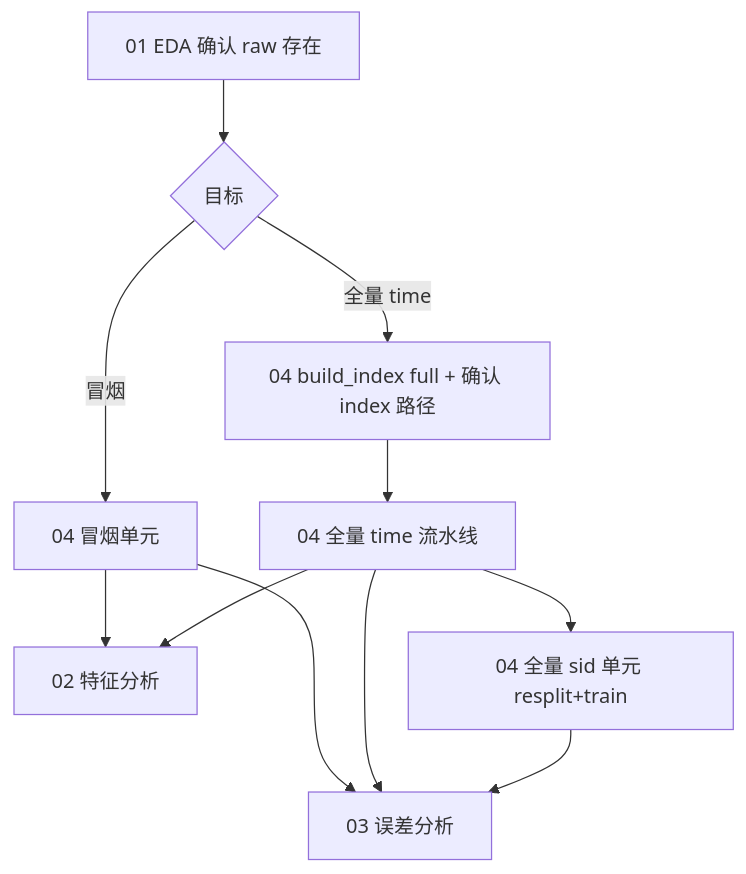
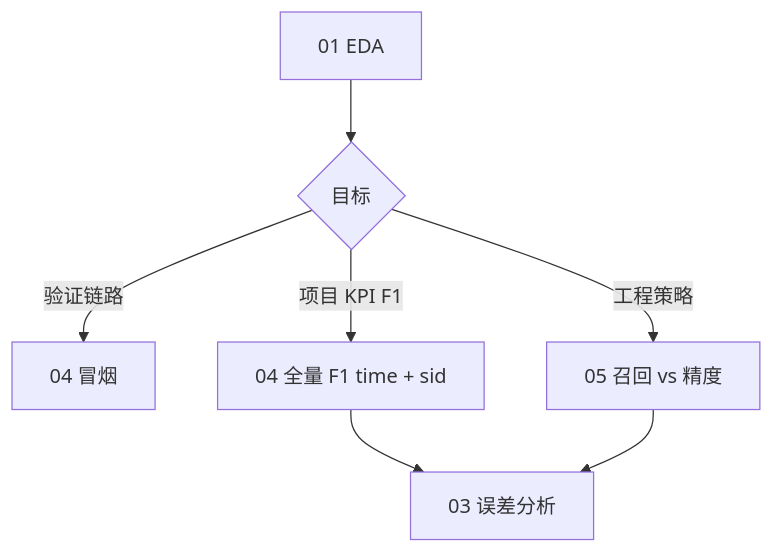
The diagram in notebooks/README.md (amunlau/dram_cnn), drawn with Mermaid before and after one commit. The commit also changed other lines of this file and 72 other files, not shown here.

````diff
--- a/notebooks/README.md
+++ b/notebooks/README.md
@@ -70,13 +65,9 @@
 ```mermaid
 flowchart TD
-  A[01 EDA 确认 raw 存在] --> B{目标}
-  B -->|冒烟| C[04 冒烟单元]
-  C --> D[02 特征分析]
-  C --> E[03 误差分析]
-  B -->|全量 time| F[04 build_index full + 确认 index 路径]
-  F --> G[04 全量 time 流水线]
-  G --> H[04 全量 sid 单元 resplit+train]
-  G --> D
-  G --> E
-  H --> E
+  A[01 EDA] --> B{目标}
+  B -->|验证链路| C[04 冒烟]
+  B -->|项目 KPI F1| D[04 全量 F1 time + sid]
+  B -->|工程策略| E[05 召回 vs 精度]
+  D --> F[03 误差分析]
+  E --> F
 ```
````
